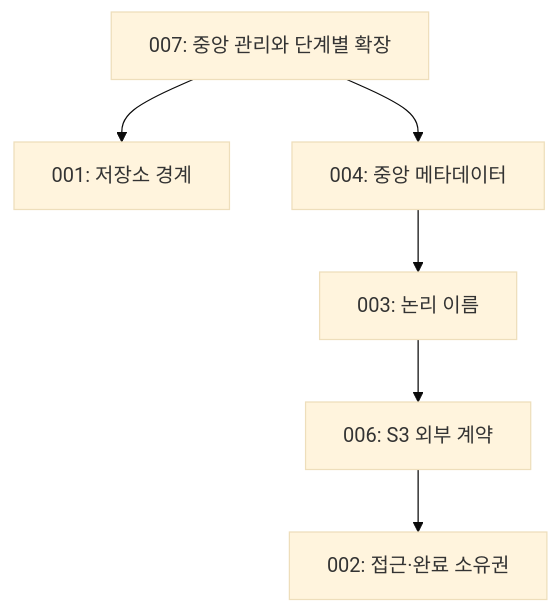
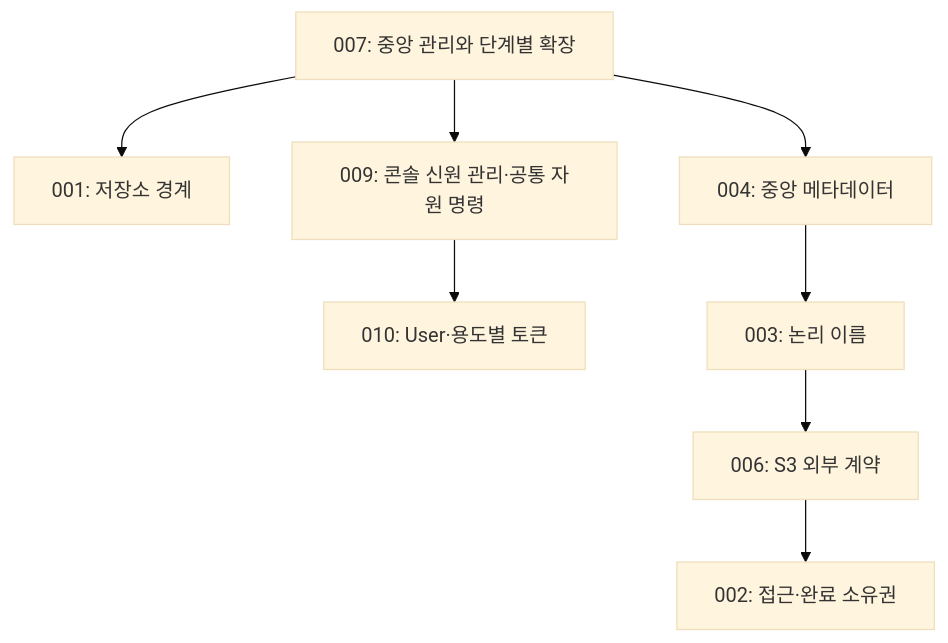
The diagram in docs/adr/README.md (cagojeiger/grove-storage), drawn with Mermaid (base theme) before and after one commit. The commit also changed other lines of this file and 469 other files, not shown here.

````diff
--- a/docs/adr/README.md
+++ b/docs/adr/README.md
@@ -8,8 +8,10 @@
 ```mermaid
 flowchart TD
     G["007: 중앙 관리와 단계별 확장"] --> S["001: 저장소 경계"]
+    G --> I["009: 콘솔 신원 관리·공통 자원 명령"]
+    I --> U["010: User·용도별 토큰"]
     G --> M["004: 중앙 메타데이터"]
     M --> N["003: 논리 이름"]
     N --> A["006: S3 외부 계약"]
     A --> R["002: 접근·완료 소유권"]
 ```
````
